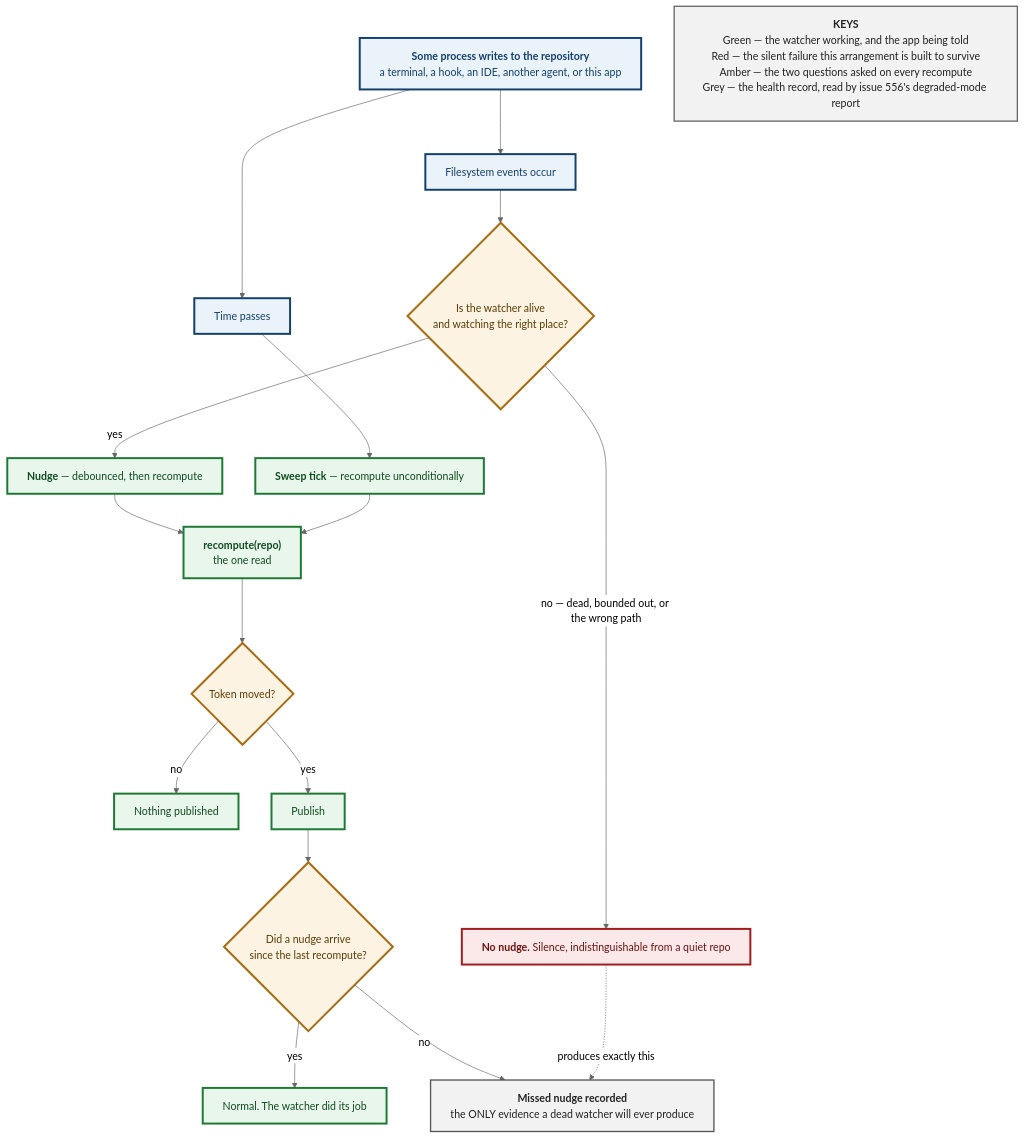
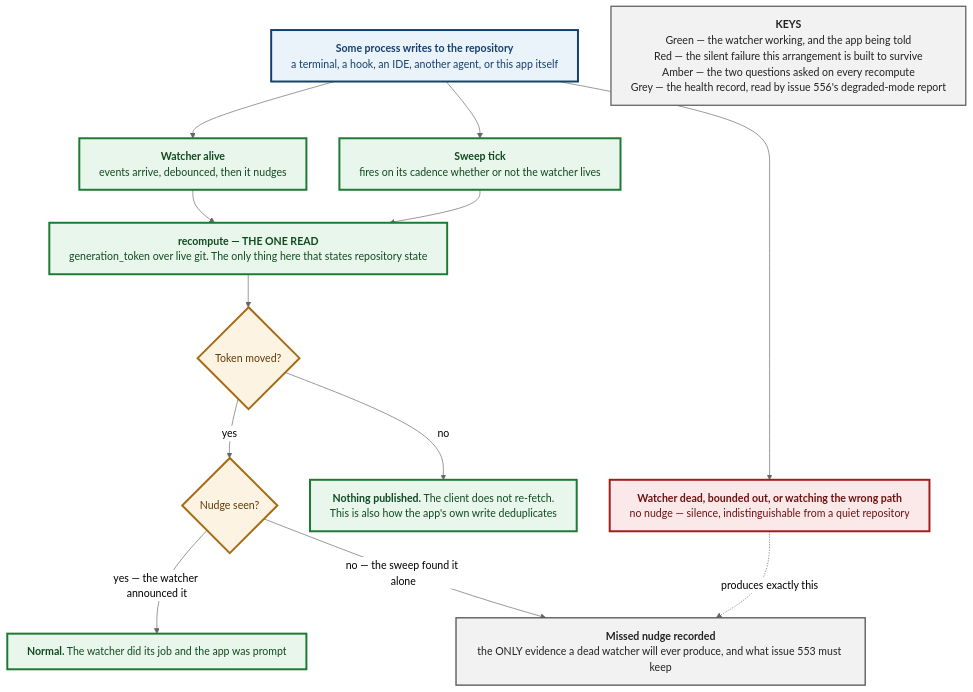
One commit to tom2025b/git-vista changed the third of 9 diagrams in docs/superpowers/specs/m3.26-external-changes.md. Above: the diagram before and after it, drawn with Mermaid (neutral theme). The commit also changed other lines of this file and 1 other file, not shown here.

First line of the commit message:
docs(#551): nine diagrams, verified rendered — and the PDF twin

````diff
--- a/docs/superpowers/specs/m3.26-external-changes.md
+++ b/docs/superpowers/specs/m3.26-external-changes.md
@@ -254,47 +302,42 @@
 ```mermaid
 ---
 config:
   flowchart:
-    wrappingWidth: 460
+    wrappingWidth: 560
 ---
 flowchart TD
-    A["<b>Some process writes to the repository</b><br/>a terminal, a hook, an IDE, another agent, or this app"]
+    A["<b>Some process writes to the repository</b><br/>a terminal, a hook, an IDE, another agent, or this app itself"]
 
-    A --> B["Filesystem events occur"]
-    A --> Z["Time passes"]
+    A --> D["<b>Watcher alive</b><br/>events arrive, debounced, then it nudges"]
+    A --> E["<b>Watcher dead, bounded out, or watching the wrong path</b><br/>no nudge — silence, indistinguishable from a quiet repository"]
+    A --> F["<b>Sweep tick</b><br/>fires on its cadence whether or not the watcher lives"]
 
-    B --> C{"Is the watcher alive<br/>and watching the right place?"}
-    C -->|"yes"| D["<b>Nudge</b> — debounced, then recompute"]
-    C -->|"no — dead, bounded out, or the wrong path"| E["<b>No nudge.</b> Silence, indistinguishable from a quiet repo"]
-
-    Z --> F["<b>Sweep tick</b> — recompute unconditionally"]
-
-    D --> G["<b>recompute(repo)</b><br/>the one read"]
+    D --> G["<b>recompute — THE ONE READ</b><br/>generation_token over live git. The only thing here that states repository state"]
     F --> G
 
     G --> H{"Token moved?"}
-    H -->|"no"| I["Nothing published"]
-    H -->|"yes"| J["Publish"]
 
-    J --> K{"Did a nudge arrive<br/>since the last recompute?"}
-    K -->|"yes"| L["Normal. The watcher did its job"]
-    K -->|"no"| M["<b>Missed nudge recorded</b><br/>the ONLY evidence a dead watcher will ever produce"]
+    H -->|"no"| I["<b>Nothing published.</b> The client does not re-fetch.<br/>This is also how the app's own write deduplicates"]
+    H -->|"yes"| J{"Nudge seen?"}
+
+    J -->|"yes — the watcher announced it"| L["<b>Normal.</b> The watcher did its job and the app was prompt"]
+    J -->|"no — the sweep found it alone"| M["<b>Missed nudge recorded</b><br/>the ONLY evidence a dead watcher will ever produce, and what issue 553 must keep"]
 
     E -.->|"produces exactly this"| M
 
     N["<b>KEYS</b><br/>Green — the watcher working, and the app being told<br/>Red — the silent failure this arrangement is built to survive<br/>Amber — the two questions asked on every recompute<br/>Grey — the health record, read by issue 556's degraded-mode report"]
 
     classDef entry fill:#eaf2fa,stroke:#14406f,stroke-width:3px,color:#14406f
     classDef gate fill:#fdf3e2,stroke:#a86b12,stroke-width:3px,color:#5c3a05
     classDef good fill:#e9f6ec,stroke:#1d7a34,stroke-width:3px,color:#0f4a1f
     classDef bad fill:#fbe9e9,stroke:#a11d1d,stroke-width:3px,color:#6d1111
     classDef health fill:#f2f2f2,stroke:#555,stroke-width:2px,color:#222
     classDef legend fill:#f2f2f2,stroke:#666,stroke-width:2px,color:#222
 
-    class A,B,Z entry
-    class C,H,K gate
-    class D,F,G,I,J,L good
+    class A entry
+    class H,J gate
+    class D,F,G,I,L good
     class E bad
     class M health
     class N legend
 ```
````
